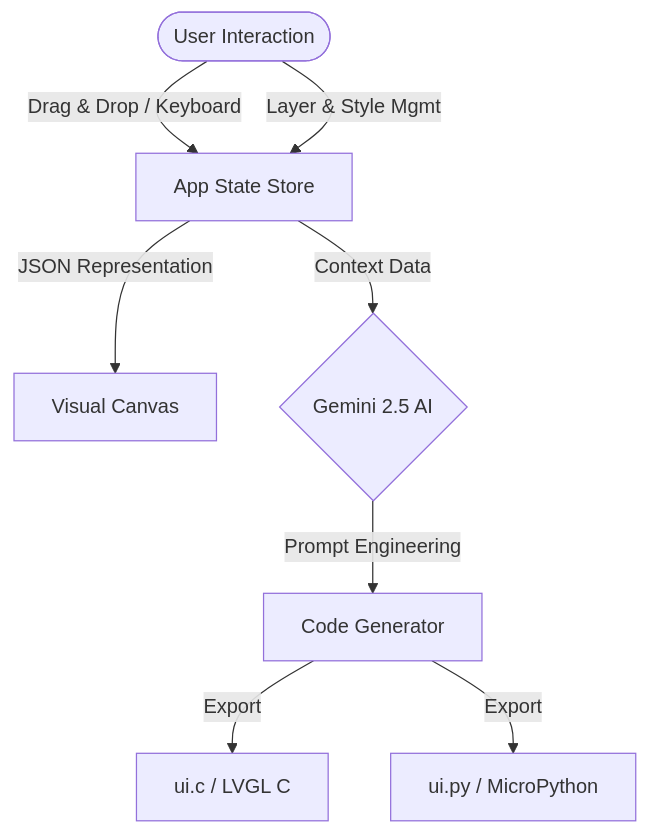
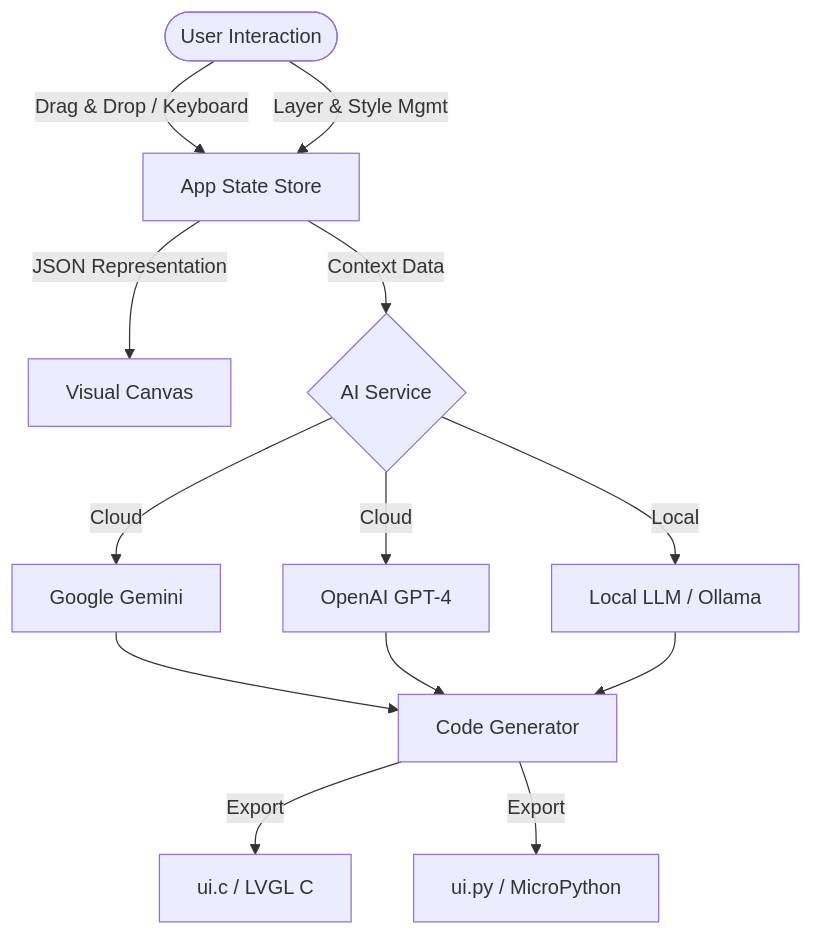
The diagram in README.md (dazeb/LVGL-AI-Studio), drawn with Mermaid before and after one commit. The commit also changed other lines of this file and 4 other files, not shown here.

````diff
--- a/README.md
+++ b/README.md
@@ -22,10 +22,15 @@
 ```mermaid
 graph TD
     User([User Interaction]) -->|Drag & Drop / Keyboard| State[App State Store]
     User -->|Layer & Style Mgmt| State
     State -->|JSON Representation| Canvas[Visual Canvas]
-    State -->|Context Data| AI{Gemini 2.5 AI}
-    AI -->|Prompt Engineering| Generator[Code Generator]
+    State -->|Context Data| AIService{AI Service}
+    AIService -->|Cloud| Gemini[Google Gemini]
+    AIService -->|Cloud| OpenAI[OpenAI GPT-4]
+    AIService -->|Local| Ollama[Local LLM / Ollama]
+    Gemini --> Generator[Code Generator]
+    OpenAI --> Generator
+    Ollama --> Generator
     Generator -->|Export| CFile[ui.c / LVGL C]
     Generator -->|Export| PyFile[ui.py / MicroPython]
 ```
````
